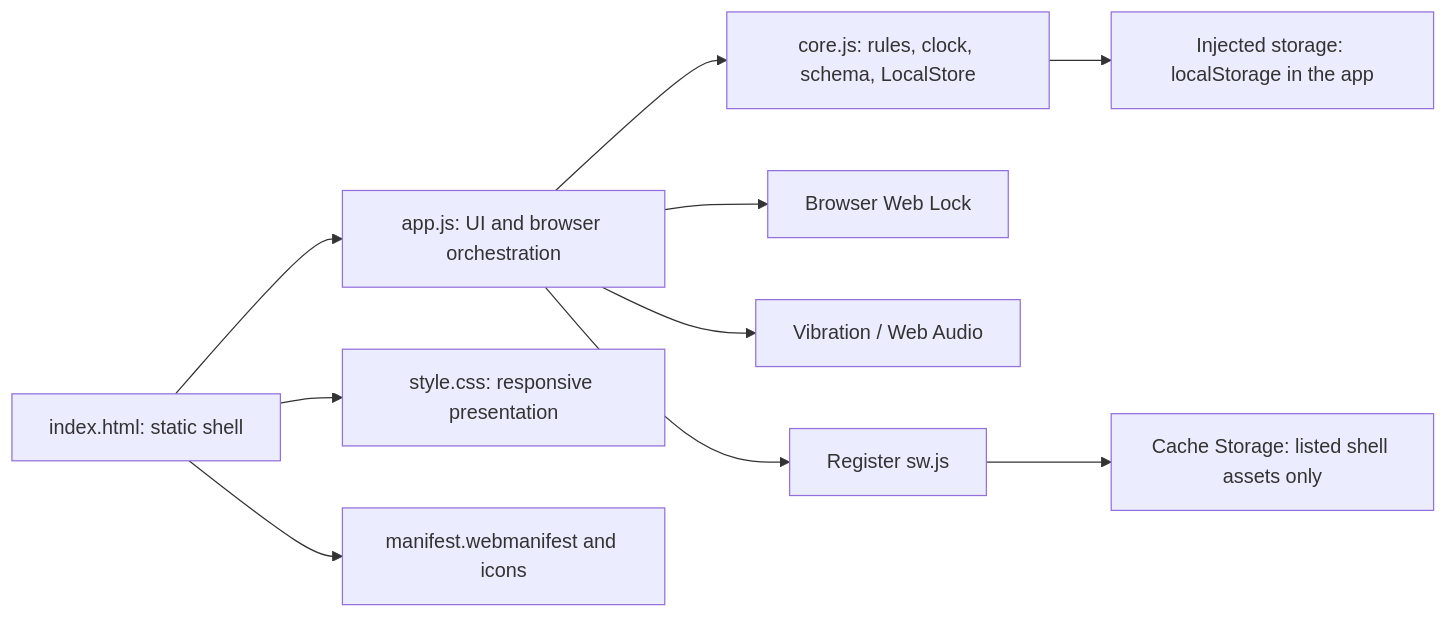
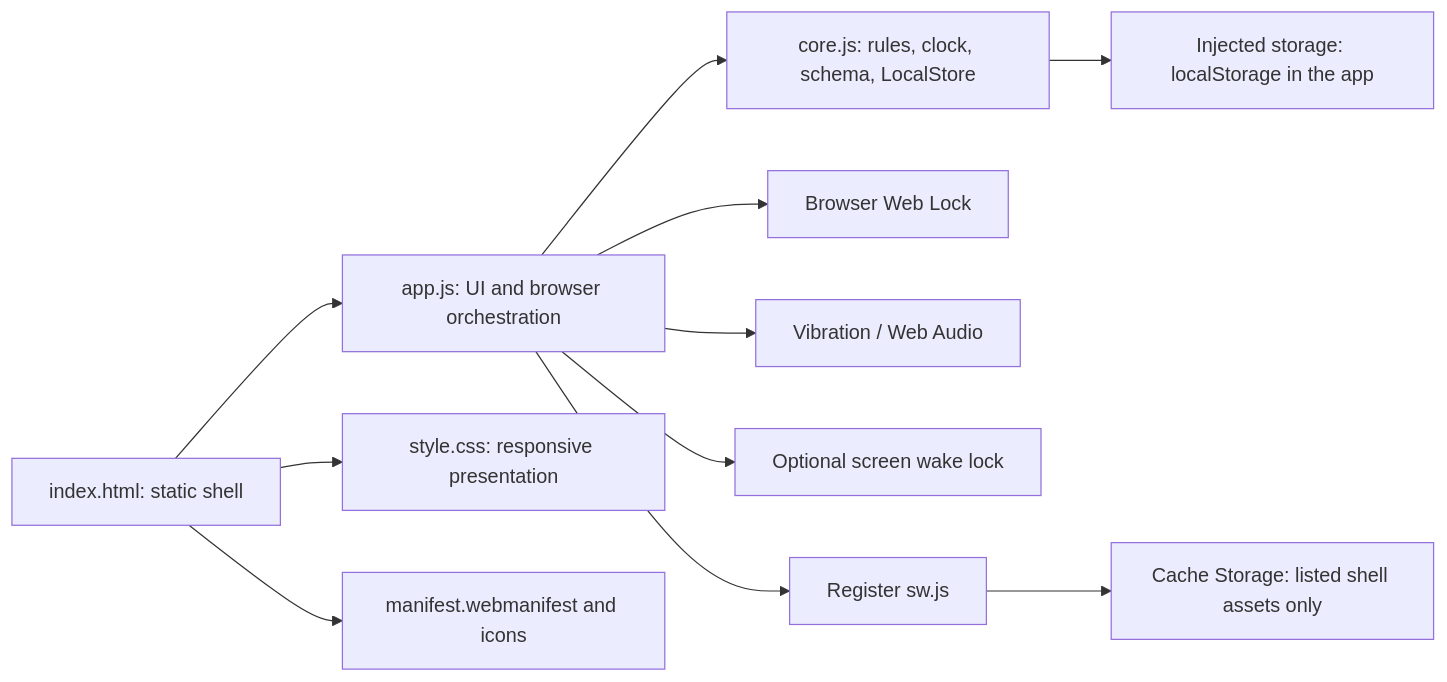
The first of 2 diagrams in README.md (patrickjohnson3/reading-endurance), drawn with Mermaid before and after one commit. The commit also changed other lines of this file and 5 other files, not shown here.

Commit message:
Add optional screen wake lock while reading

````diff
--- a/README.md
+++ b/README.md
@@ -224,12 +239,13 @@
 ```mermaid
 flowchart LR
   HTML["index.html: static shell"] --> APP["app.js: UI and browser orchestration"]
   HTML --> CSS["style.css: responsive presentation"]
   HTML --> MANIFEST["manifest.webmanifest and icons"]
   APP --> CORE["core.js: rules, clock, schema, LocalStore"]
   APP --> LOCK["Browser Web Lock"]
   APP --> CUE["Vibration / Web Audio"]
+  APP --> WAKE["Optional screen wake lock"]
   CORE --> STORAGE["Injected storage: localStorage in the app"]
   APP --> SW["Register sw.js"]
   SW --> CACHE["Cache Storage: listed shell assets only"]
 ```
````
